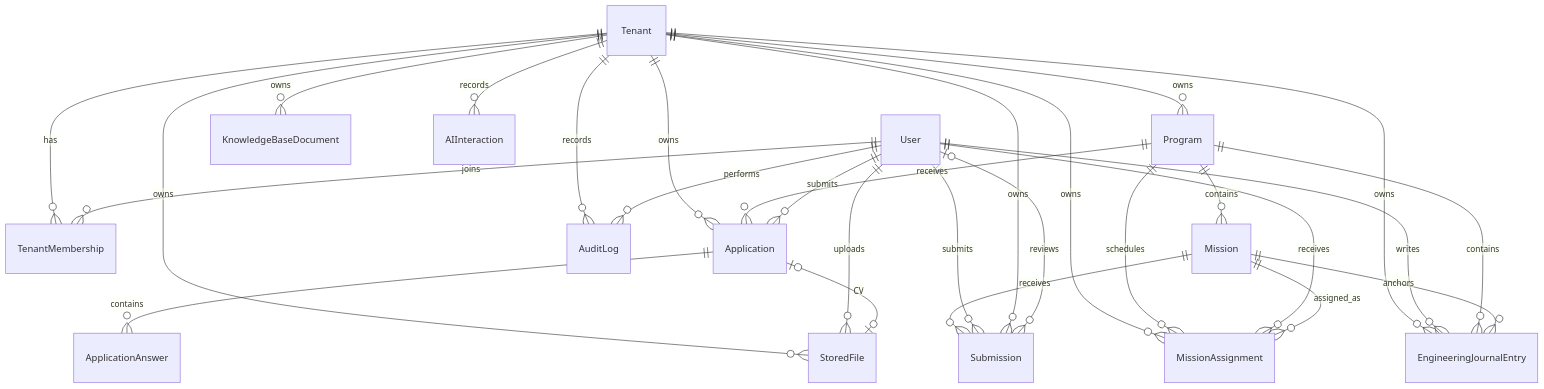
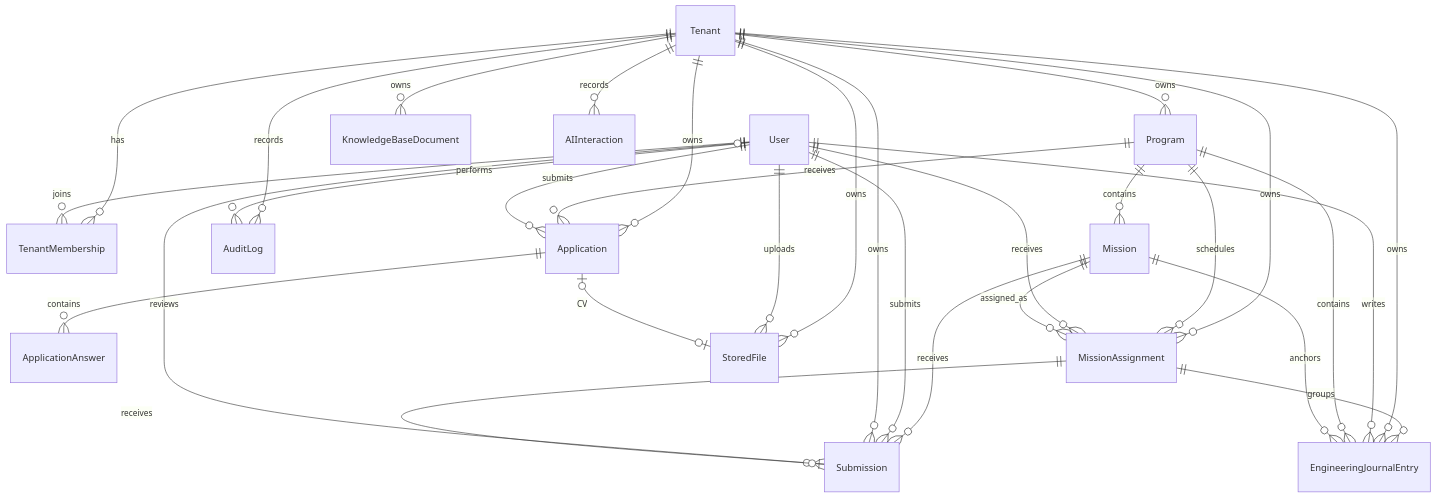
Before and after one commit to karimjindani/talentOS: the diagram in docs/Data_Model.md, drawn with Mermaid. The commit also changed other lines of this file and 24 other files, not shown here.

Commit message:
Link Engineering Journal to assignment attempts

````diff
--- a/docs/Data_Model.md
+++ b/docs/Data_Model.md
@@ -101,30 +108,32 @@
 ```mermaid
 erDiagram
     Tenant ||--o{ TenantMembership : has
     User ||--o{ TenantMembership : joins
     Tenant ||--o{ Program : owns
     Tenant ||--o{ Application : owns
     Program ||--o{ Application : receives
     User ||--o{ Application : submits
     Application ||--o{ ApplicationAnswer : contains
     Tenant ||--o{ AuditLog : records
     User ||--o{ AuditLog : performs
     Program ||--o{ Mission : contains
     Mission ||--o{ Submission : receives
     User ||--o{ Submission : submits
     Tenant ||--o{ Submission : owns
     User |o--o{ Submission : reviews
     Tenant ||--o{ MissionAssignment : owns
     Program ||--o{ MissionAssignment : schedules
     User ||--o{ MissionAssignment : receives
     Mission ||--o{ MissionAssignment : assigned_as
+    MissionAssignment ||--o| Submission : receives
+    MissionAssignment ||--o{ EngineeringJournalEntry : groups
     Tenant ||--o{ EngineeringJournalEntry : owns
     User ||--o{ EngineeringJournalEntry : writes
     Program ||--o{ EngineeringJournalEntry : contains
     Mission ||--o{ EngineeringJournalEntry : anchors
     Tenant ||--o{ KnowledgeBaseDocument : owns
     Tenant ||--o{ AIInteraction : records
     Tenant ||--o{ StoredFile : owns
     User ||--o{ StoredFile : uploads
     Application |o--o| StoredFile : "CV"
 ```
````
